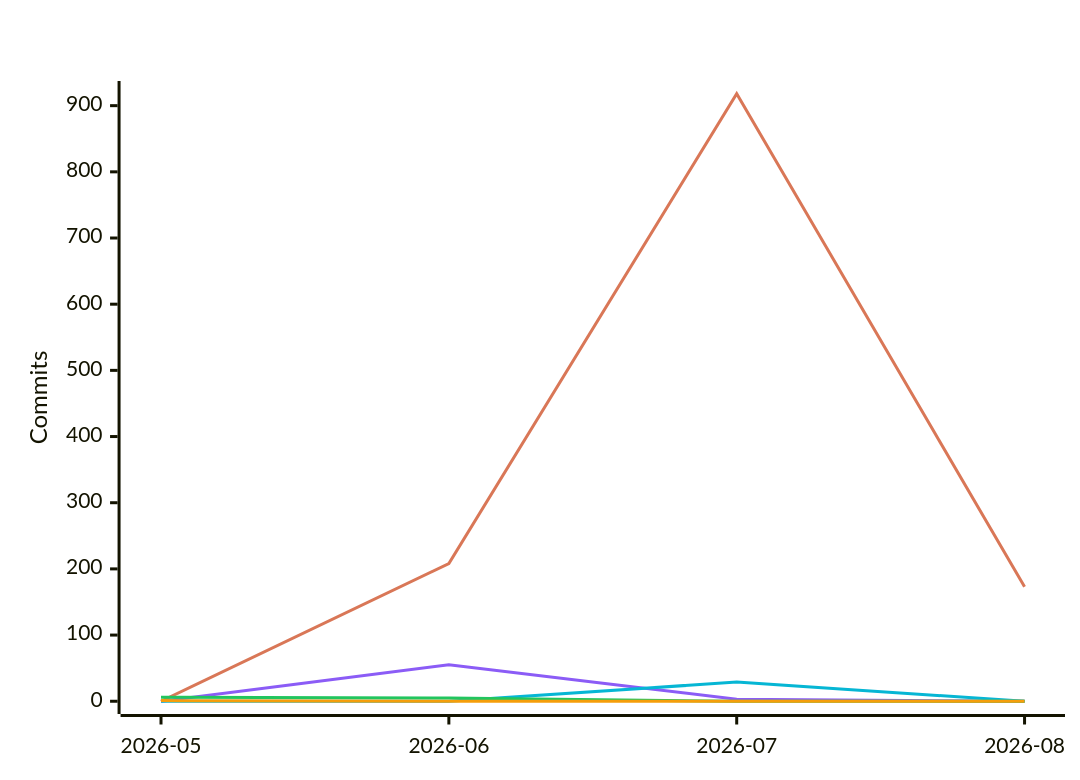
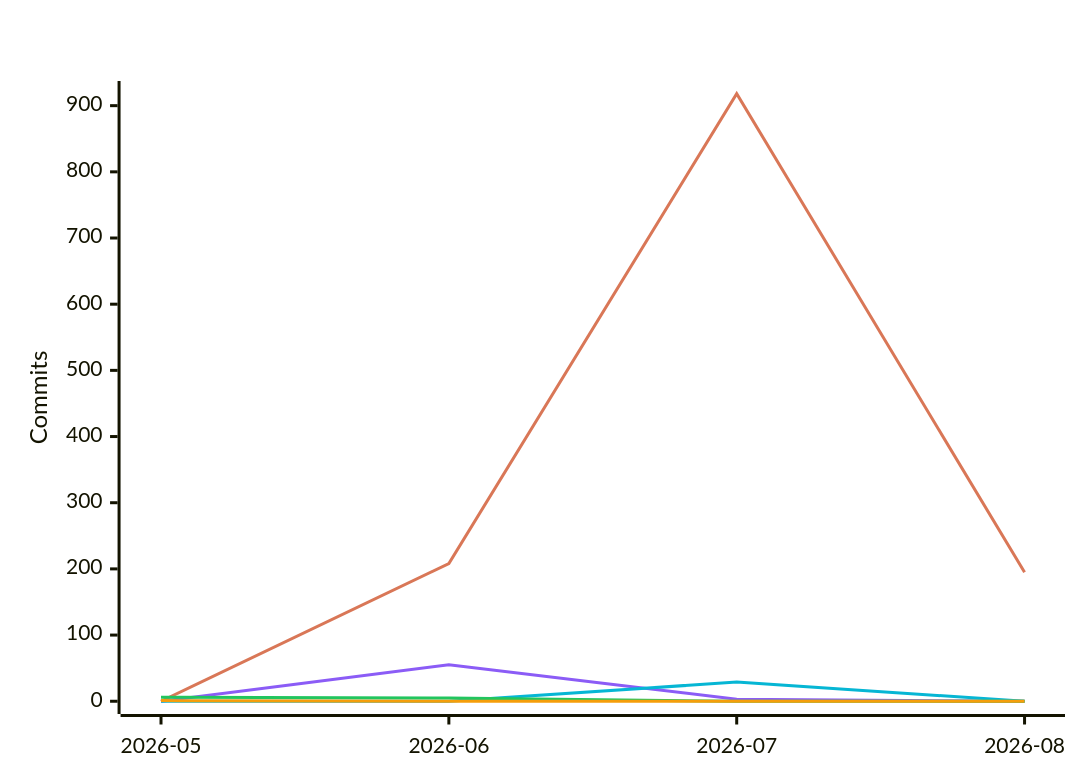
Before and after one commit to polo-nyan/polo-nyan: the fifth of 7 diagrams in README.md, drawn with Mermaid. The commit also changed other lines of this file and 1 other file, not shown here.

````diff
--- a/README.md
+++ b/README.md
@@ -313,12 +313,12 @@
 ```mermaid
 %%{init: {"xyChart": {"titleColor": "#ffffff", "xAxisLabelColor": "#ffffff", "yAxisLabelColor": "#ffffff"}, "themeVariables": {"xyChart": {"titleColor": "#ffffff", "plotColorPalette": "#d97757, #8b5cf6, #06b6d4, #22c55e, #f59e0b, #ec4899"}}}}%%
 xychart-beta
     title "Commits Per Month by Model Family"
     x-axis ["2026-05", "2026-06", "2026-07", "2026-08"]
     y-axis "Commits"
-    line [0, 208, 918, 173]
+    line [0, 208, 918, 195]
     line [0, 55, 3, 0]
     line [0, 0, 29, 0]
     line [6, 5, 0, 0]
     line [1, 0, 0, 0]
 ```
````
